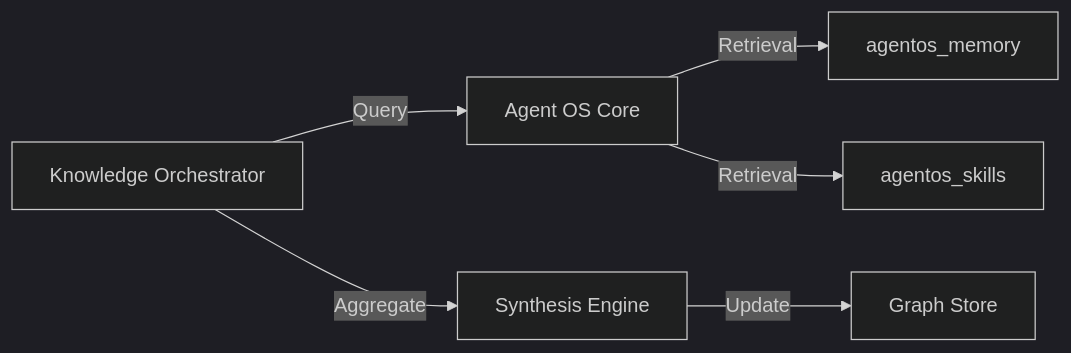
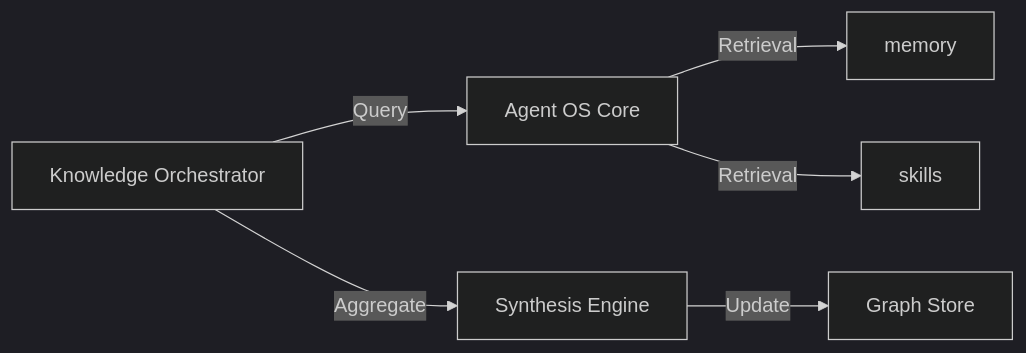
One commit to savyasachi6/agentic_os changed the diagram in projects/knowledge-orchestrator/docs/architecture.md. Above: the diagram before and after it, drawn with Mermaid (dark theme). The commit also changed other lines of this file and 1239 other files, not shown here.

````diff
--- a/projects/knowledge-orchestrator/docs/architecture.md
+++ b/projects/knowledge-orchestrator/docs/architecture.md
@@ -7,9 +7,9 @@
 ```mermaid
 graph LR
-    Core[Agent OS Core] -->|Retrieval| Mem[agentos_memory]
-    Core -->|Retrieval| Skills[agentos_skills]
+    Core[Agent OS Core] -->|Retrieval| Mem[memory]
+    Core -->|Retrieval| Skills[skills]
     
     Orch[Knowledge Orchestrator] -->|Query| Core
     Orch -->|Aggregate| Summary[Synthesis Engine]
     Summary -->|Update| KnowledgeGraph[Graph Store]
 ```
````
